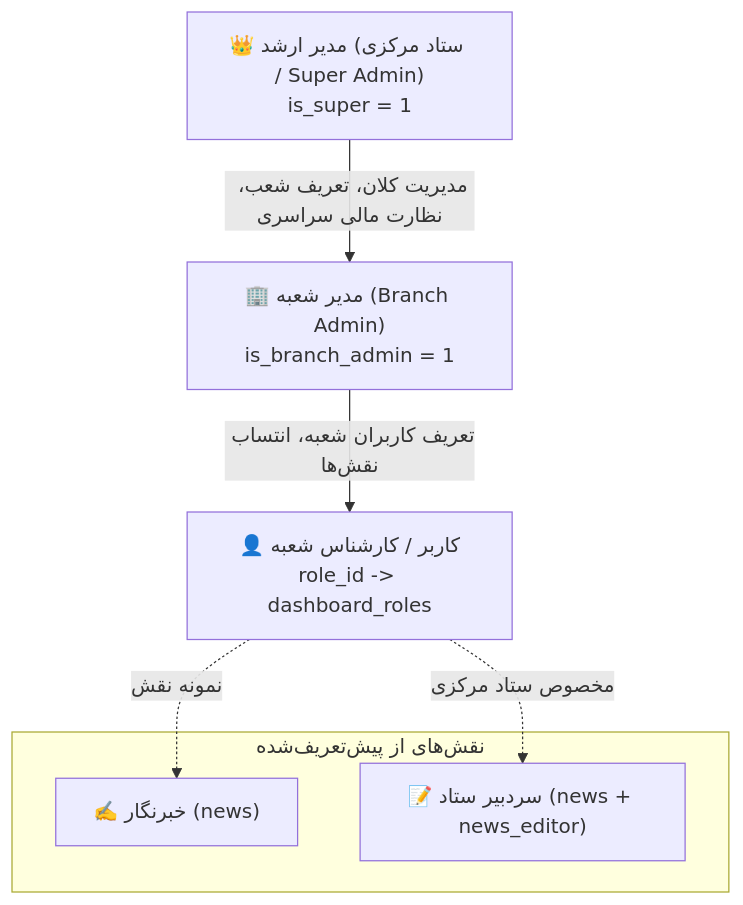
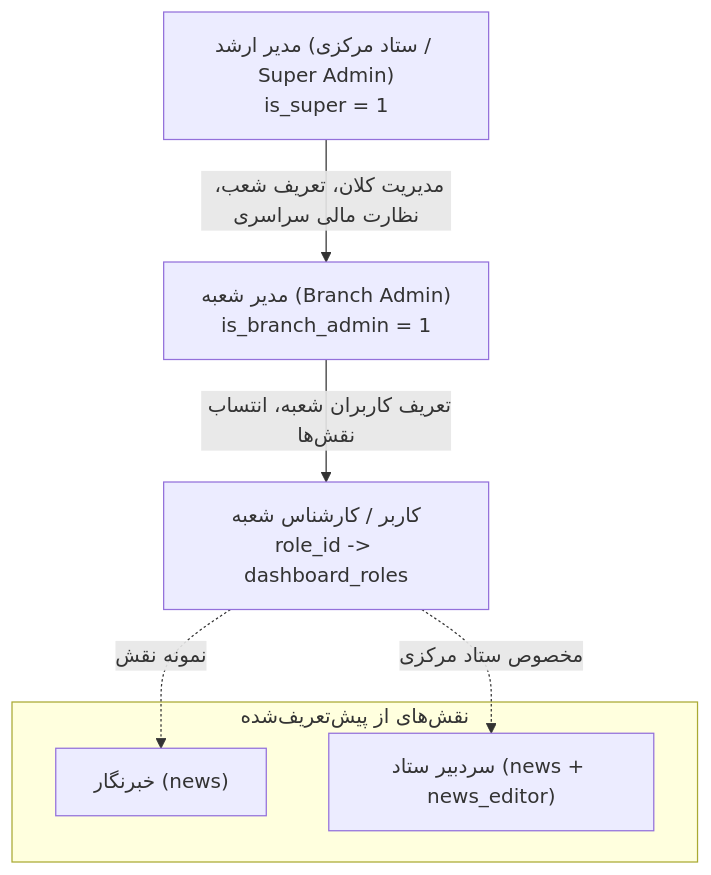
Before and after one commit to GhaffariZ/Maxa-charity: the diagram in public_html/docs/user-manual/02-roles-and-permissions.md, drawn with Mermaid. The commit also changed other lines of this file and 52 other files, not shown here.

````diff
--- a/public_html/docs/user-manual/02-roles-and-permissions.md
+++ b/public_html/docs/user-manual/02-roles-and-permissions.md
@@ -11,17 +11,17 @@
 ```mermaid
 graph TD
-    SA["👑 مدیر ارشد (ستاد مرکزی / Super Admin)<br/>is_super = 1"]
-    BA["🏢 مدیر شعبه (Branch Admin)<br/>is_branch_admin = 1"]
-    BU["👤 کاربر / کارشناس شعبه<br/>role_id -> dashboard_roles"]
-    
-    SA -->|مدیریت کلان، تعریف شعب، نظارت مالی سراسری| BA
-    BA -->|تعریف کاربران شعبه، انتساب نقش‌ها| BU
-    
-    subgraph PresetRoles [نقش‌های از پیش‌تعریف‌شده]
-        R1["✍️ خبرنگار (news)"]
-        R2["📝 سردبیر ستاد (news + news_editor)"]
-    end
-    
-    BU -.->|نمونه نقش| R1
-    BU -.->|مخصوص ستاد مرکزی| R2
+ SA[" مدیر ارشد (ستاد مرکزی / Super Admin)<br/>is_super = 1"]
+ BA[" مدیر شعبه (Branch Admin)<br/>is_branch_admin = 1"]
+ BU[" کاربر / کارشناس شعبه<br/>role_id -> dashboard_roles"]
+ 
+ SA -->|مدیریت کلان، تعریف شعب، نظارت مالی سراسری| BA
+ BA -->|تعریف کاربران شعبه، انتساب نقش‌ها| BU
+ 
+ subgraph PresetRoles [نقش‌های از پیش‌تعریف‌شده]
+ R1[" خبرنگار (news)"]
+ R2[" سردبیر ستاد (news + news_editor)"]
+ end
+ 
+ BU -.->|نمونه نقش| R1
+ BU -.->|مخصوص ستاد مرکزی| R2
 ```
````
